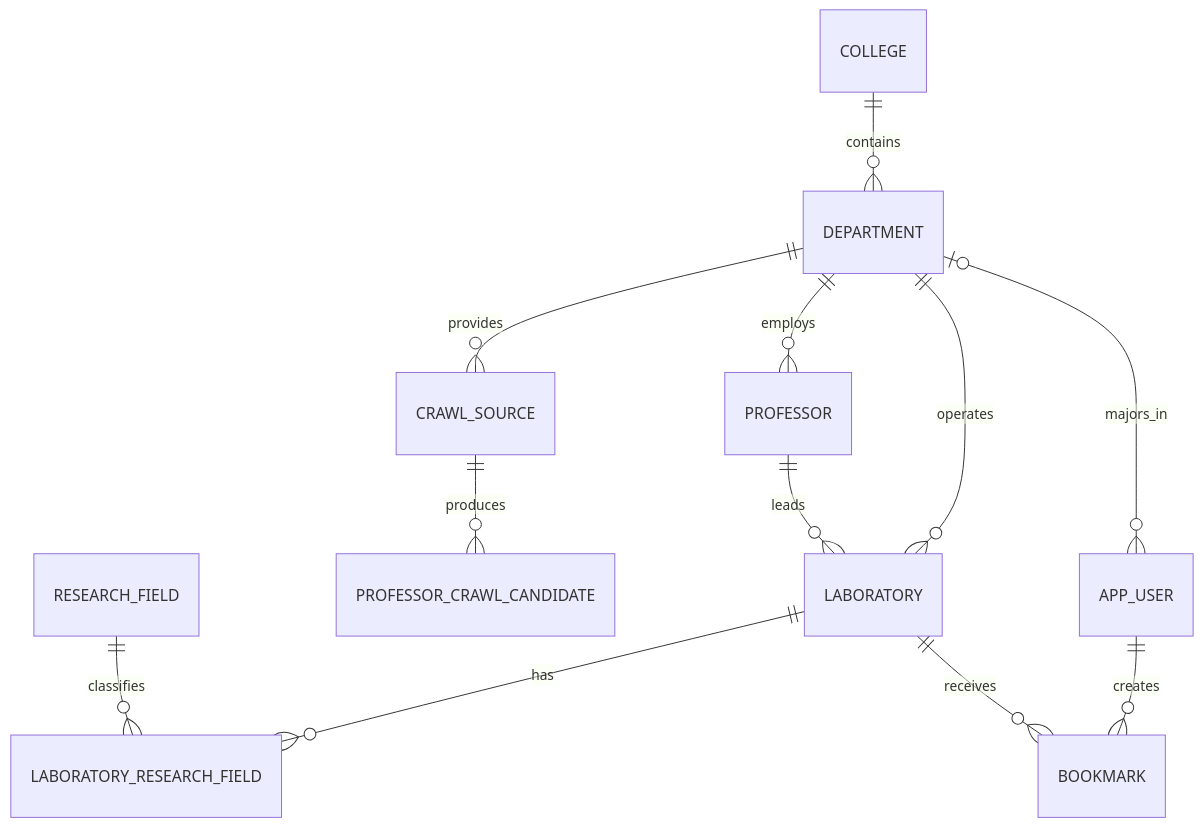
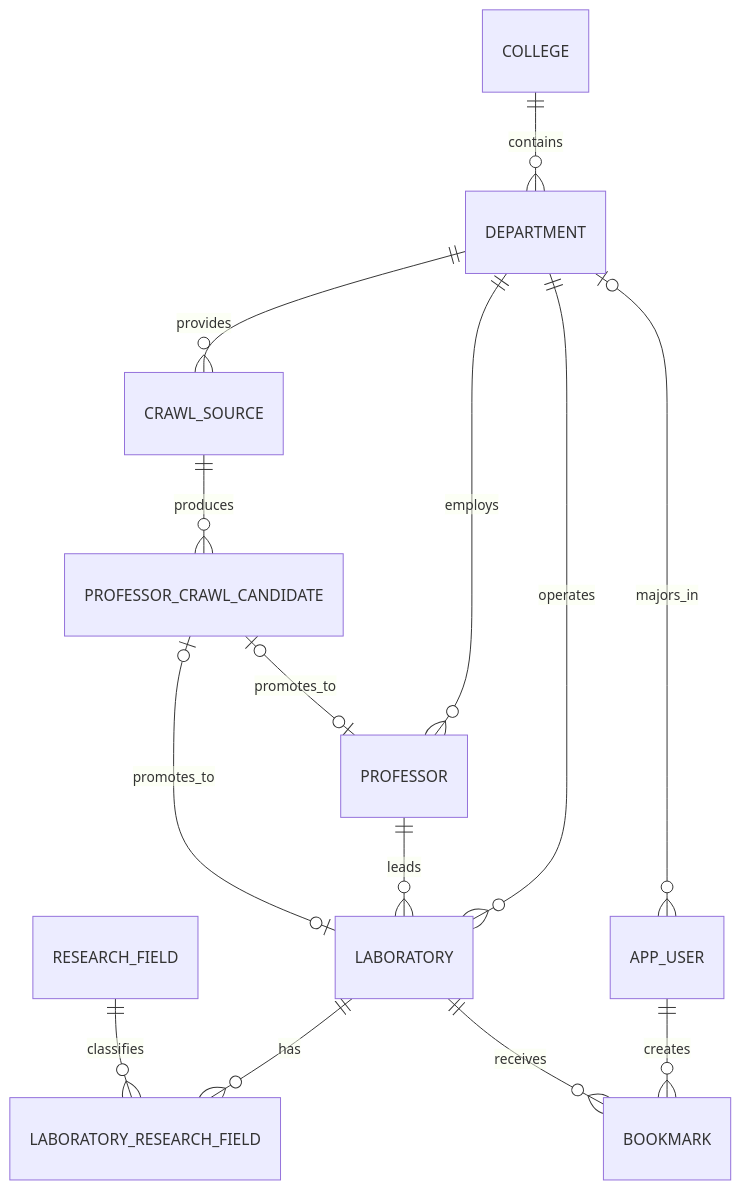
Before and after one commit to chaehyunL/SEBU-backend: the diagram in docs/erd.md, drawn with Mermaid. The commit also changed other lines of this file and 2 other files, not shown here.

````diff
--- a/docs/erd.md
+++ b/docs/erd.md
@@ -3,14 +3,16 @@
 ```mermaid
 erDiagram
     COLLEGE ||--o{ DEPARTMENT : contains
     DEPARTMENT ||--o{ PROFESSOR : employs
     DEPARTMENT ||--o{ LABORATORY : operates
     DEPARTMENT ||--o{ CRAWL_SOURCE : provides
     PROFESSOR ||--o{ LABORATORY : leads
     CRAWL_SOURCE ||--o{ PROFESSOR_CRAWL_CANDIDATE : produces
+    PROFESSOR_CRAWL_CANDIDATE o|--o| PROFESSOR : promotes_to
+    PROFESSOR_CRAWL_CANDIDATE o|--o| LABORATORY : promotes_to
     LABORATORY ||--o{ LABORATORY_RESEARCH_FIELD : has
     RESEARCH_FIELD ||--o{ LABORATORY_RESEARCH_FIELD : classifies
     DEPARTMENT o|--o{ APP_USER : majors_in
     APP_USER ||--o{ BOOKMARK : creates
     LABORATORY ||--o{ BOOKMARK : receives
 ```
````
